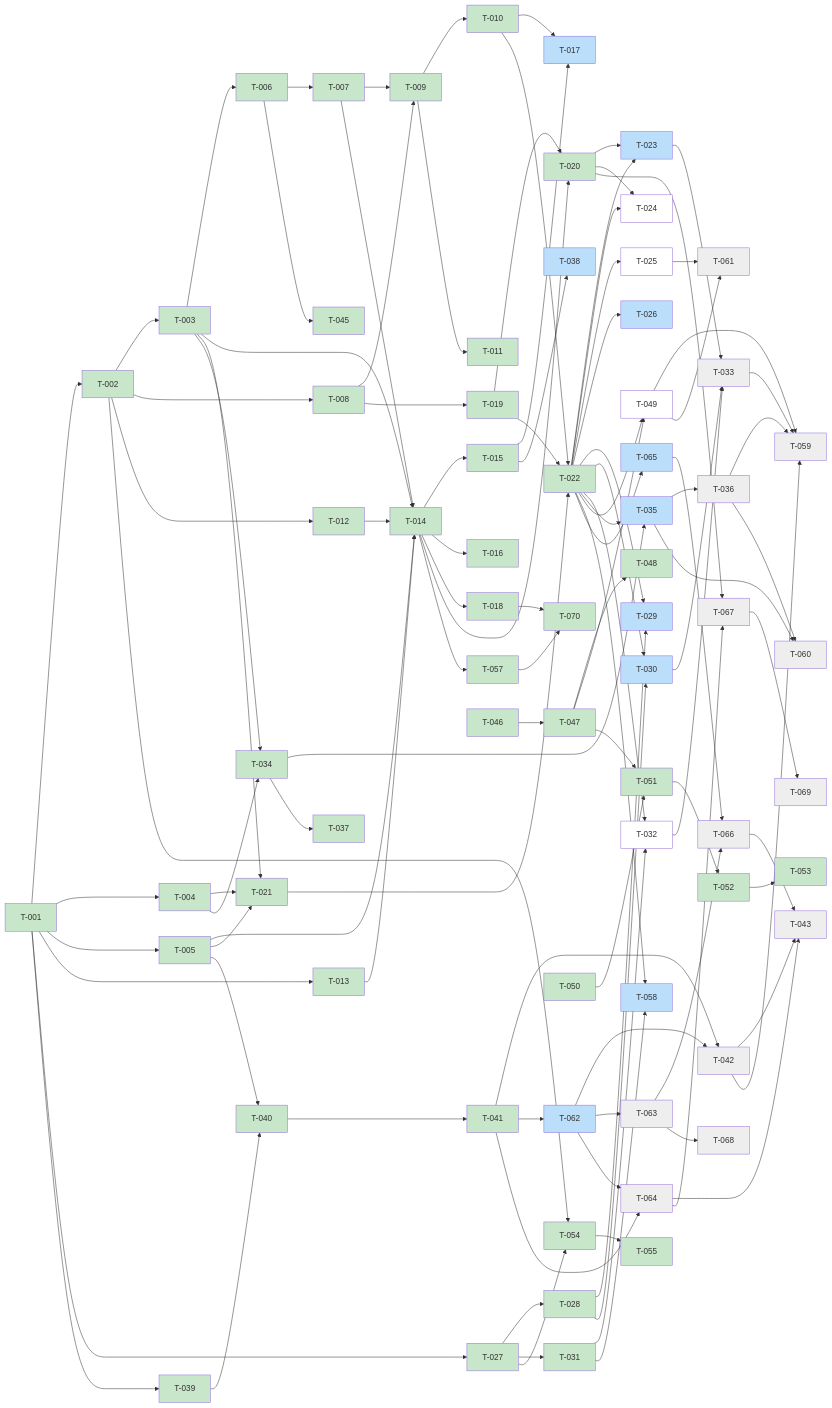
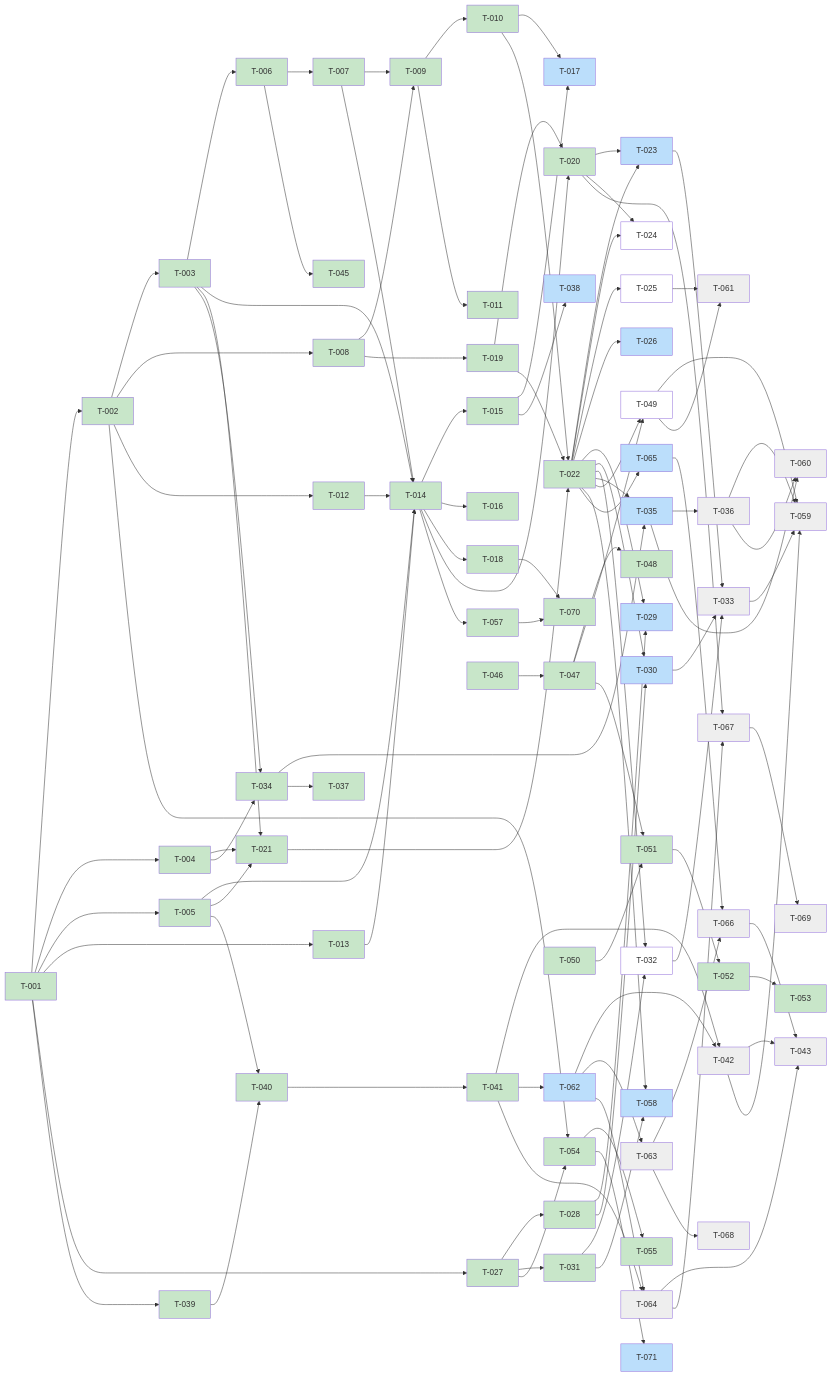
The diagram in kanban/BOARD.md (scholtz/biatec-chat), drawn with Mermaid before and after one commit. The commit also changed other lines of this file and 1 other file, not shown here.

Commit message:
kanban: create and claim T-071 (CI/CD pipelines and stage deploy)

````diff
--- a/kanban/BOARD.md
+++ b/kanban/BOARD.md
@@ -208,13 +209,14 @@
   T067[T-067] --> T069[T-069]
   T018[T-018] --> T070[T-070]
   T057[T-057] --> T070[T-070]
+  T054[T-054] --> T071[T-071]
   classDef done fill:#c8e6c9
   classDef review fill:#fff9c4
   classDef inprogress fill:#bbdefb
   classDef backlog fill:#ffffff
   classDef blocked fill:#eeeeee
   class T001,T002,T003,T004,T005,T006,T007,T008,T009,T010,T011,T012,T013,T014,T015,T016,T018,T019,T020,T021,T022,T027,T028,T031,T034,T037,T039,T040,T041,T044,T045,T046,T047,T048,T050,T051,T052,T053,T054,T055,T056,T057,T070 done
-  class T023,T017,T029,T030,T035,T038,T062,T026,T065,T058 inprogress
+  class T023,T017,T029,T030,T035,T038,T062,T071,T026,T065,T058 inprogress
   class T024,T032,T049,T025 backlog
   class T042,T033,T036,T059,T063,T064,T043,T066,T068,T060,T061,T067,T069 blocked
 ```
````
